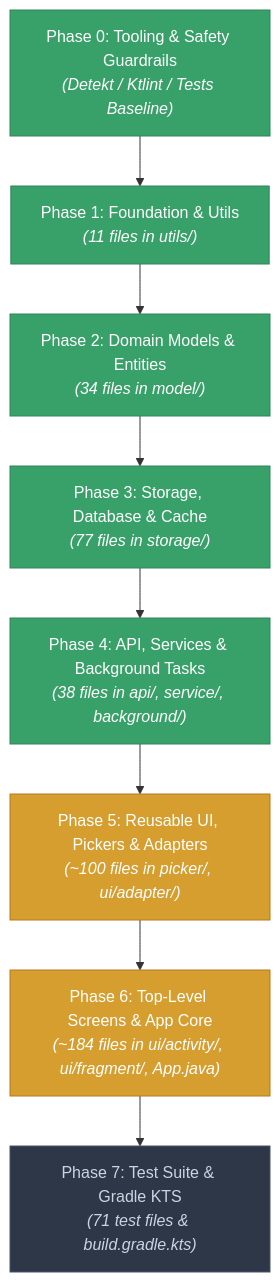
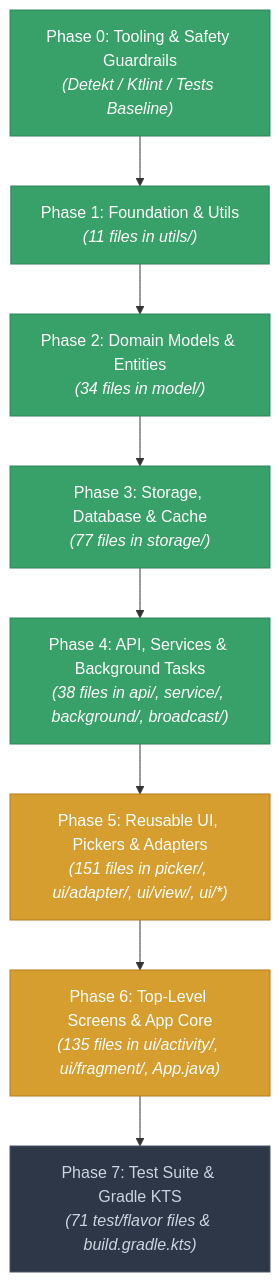
Before and after one commit to solomonrajan/cashledger: the first of 2 diagrams in KOTLIN_MIGRATION.mdx, drawn with Mermaid. The commit also changed other lines of this file, not shown here.

````diff
--- a/KOTLIN_MIGRATION.mdx
+++ b/KOTLIN_MIGRATION.mdx
@@ -59,23 +59,23 @@
 ```mermaid
 flowchart TD
     classDef pending fill:#2D3748,stroke:#4A5568,color:#CBD5E0
     classDef inprog fill:#D69E2E,stroke:#B7791F,color:#FFFFFF
     classDef complete fill:#38A169,stroke:#2F855A,color:#FFFFFF
 
     P0["Phase 0: Tooling & Safety Guardrails<br/><i>(Detekt / Ktlint / Tests Baseline)</i>"]:::complete
     P1["Phase 1: Foundation & Utils<br/><i>(11 files in utils/)</i>"]:::complete
     P2["Phase 2: Domain Models & Entities<br/><i>(34 files in model/)</i>"]:::complete
     P3["Phase 3: Storage, Database & Cache<br/><i>(77 files in storage/)</i>"]:::complete
-    P4["Phase 4: API, Services & Background Tasks<br/><i>(38 files in api/, service/, background/)</i>"]:::complete
-    P5["Phase 5: Reusable UI, Pickers & Adapters<br/><i>(~100 files in picker/, ui/adapter/)</i>"]:::inprog
-    P6["Phase 6: Top-Level Screens & App Core<br/><i>(~184 files in ui/activity/, ui/fragment/, App.java)</i>"]:::inprog
-    P7["Phase 7: Test Suite & Gradle KTS<br/><i>(71 test files & build.gradle.kts)</i>"]:::pending
+    P4["Phase 4: API, Services & Background Tasks<br/><i>(38 files in api/, service/, background/, broadcast/)</i>"]:::complete
+    P5["Phase 5: Reusable UI, Pickers & Adapters<br/><i>(151 files in picker/, ui/adapter/, ui/view/, ui/*)</i>"]:::inprog
+    P6["Phase 6: Top-Level Screens & App Core<br/><i>(135 files in ui/activity/, ui/fragment/, App.java)</i>"]:::inprog
+    P7["Phase 7: Test Suite & Gradle KTS<br/><i>(71 test/flavor files & build.gradle.kts)</i>"]:::pending
 
     P0 --> P1
     P1 --> P2
     P2 --> P3
     P3 --> P4
     P4 --> P5
     P5 --> P6
     P6 --> P7
 ```
````
